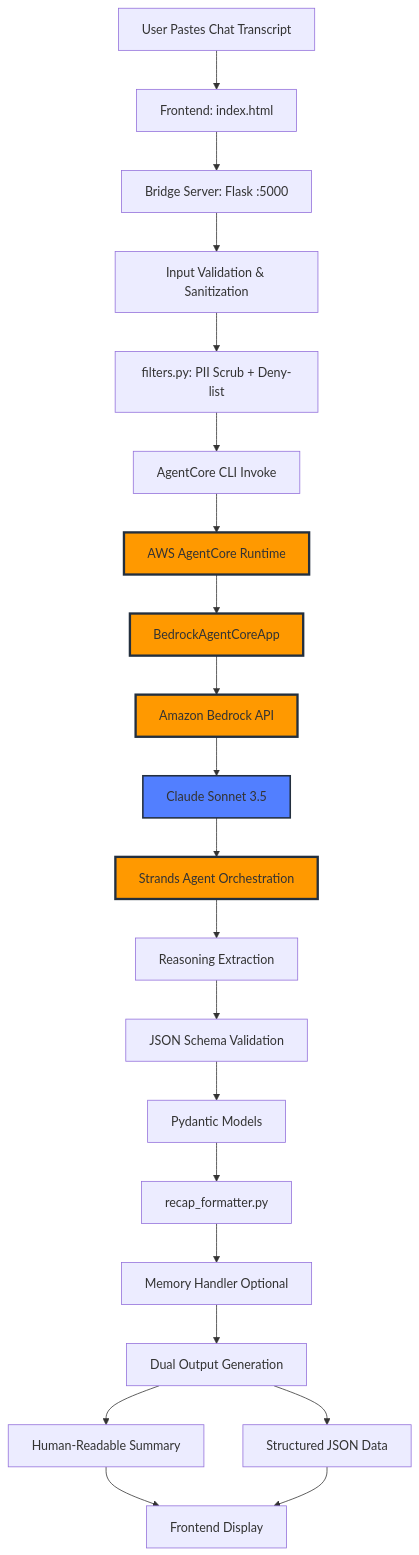
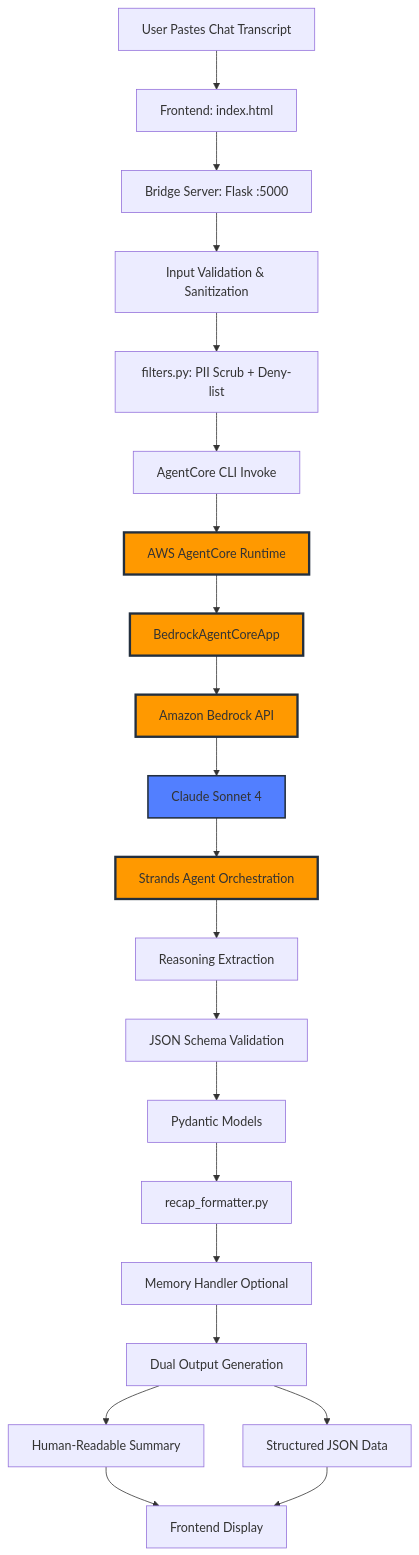
One commit to earlgreyhot1701D/Ariadne-Clew changed the diagram in ARCHITECTURE.md. Above: the diagram before and after it, drawn with Mermaid. The commit also changed other lines of this file and 6 other files, not shown here.

````diff
--- a/ARCHITECTURE.md
+++ b/ARCHITECTURE.md
@@ -38,29 +38,29 @@
 ```mermaid
 graph TB
     A[User Pastes Chat Transcript] --> B[Frontend: index.html]
     B --> C[Bridge Server: Flask :5000]
     C --> D[Input Validation & Sanitization]
     D --> E[filters.py: PII Scrub + Deny-list]
     E --> F[AgentCore CLI Invoke]
     F --> G[AWS AgentCore Runtime]
     G --> H[BedrockAgentCoreApp]
     H --> I[Amazon Bedrock API]
-    I --> J[Claude Sonnet 3.5]
+    I --> J[Claude Sonnet 4]
     J --> K[Strands Agent Orchestration]
     K --> L[Reasoning Extraction]
     L --> M[JSON Schema Validation]
     M --> N[Pydantic Models]
     N --> O[recap_formatter.py]
     O --> P[Memory Handler Optional]
     P --> Q[Dual Output Generation]
     Q --> R[Human-Readable Summary]
     Q --> S[Structured JSON Data]
     R --> T[Frontend Display]
     S --> T
-    
+
     style G fill:#FF9900,stroke:#232F3E,stroke-width:3px
     style H fill:#FF9900,stroke:#232F3E,stroke-width:3px
     style I fill:#FF9900,stroke:#232F3E,stroke-width:3px
     style J fill:#527FFF,stroke:#232F3E,stroke-width:2px
     style K fill:#FF9900,stroke:#232F3E,stroke-width:3px
 ```
````
